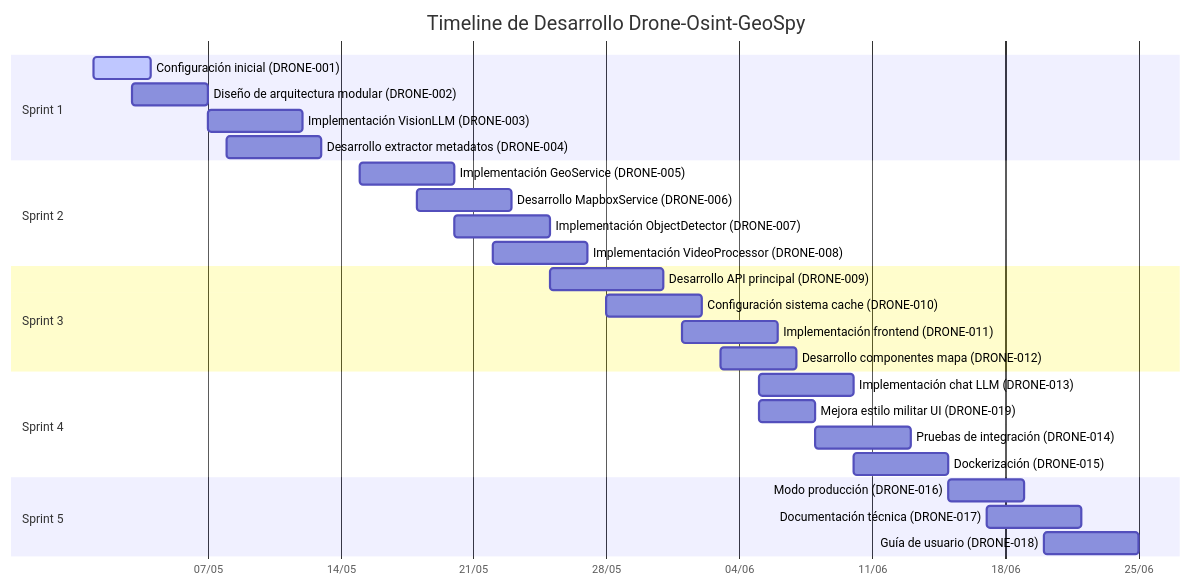
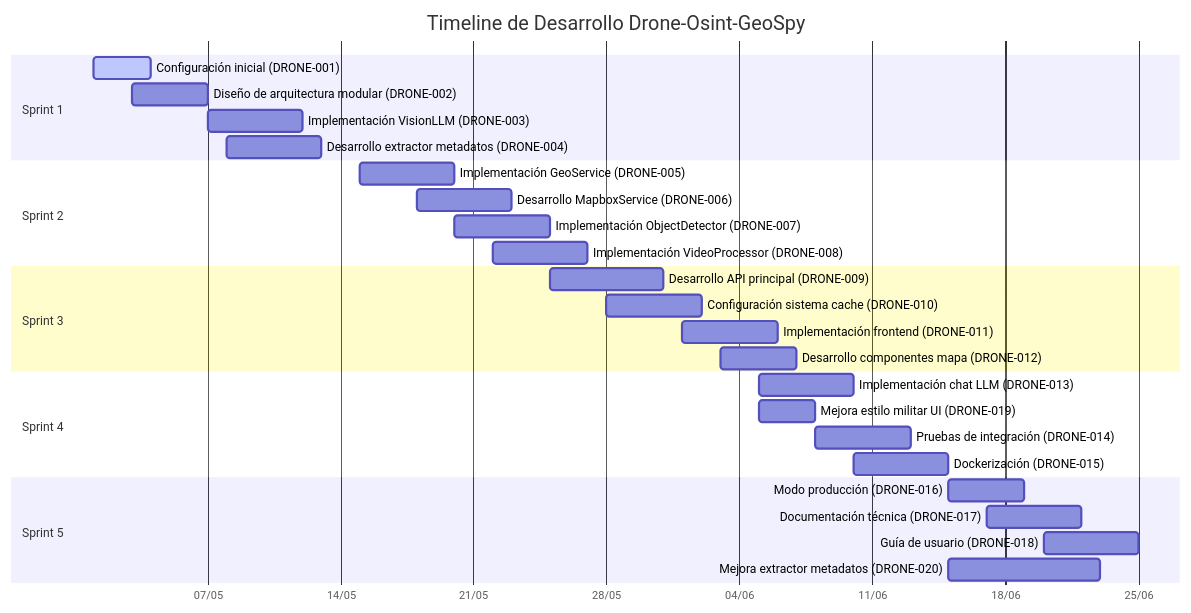
One commit to infantesromeroadrian/LLM-Vision-Geo-Analizer changed the second of 4 diagrams in jira-files/visualization/jira_timeline.md. Above: the diagram before and after it, drawn with Mermaid. The commit also changed other lines of this file and 561 other files, not shown here.

````diff
--- a/jira-files/visualization/jira_timeline.md
+++ b/jira-files/visualization/jira_timeline.md
@@ -154,35 +178,36 @@
 ```mermaid
 gantt
     title Timeline de Desarrollo Drone-Osint-GeoSpy
     dateFormat  YYYY-MM-DD
     axisFormat %d/%m
     
     section Sprint 1
     Configuración inicial (DRONE-001)      :active, a1, 2023-05-01, 3d
     Diseño de arquitectura modular (DRONE-002)     :a2, 2023-05-03, 4d
     Implementación VisionLLM (DRONE-003)   :a3, 2023-05-07, 5d
     Desarrollo extractor metadatos (DRONE-004) :a4, 2023-05-08, 5d
     
     section Sprint 2
     Implementación GeoService (DRONE-005) :b1, 2023-05-15, 5d
     Desarrollo MapboxService (DRONE-006)  :b2, 2023-05-18, 5d
     Implementación ObjectDetector (DRONE-007) :b3, 2023-05-20, 5d
     Implementación VideoProcessor (DRONE-008) :b4, 2023-05-22, 5d
     
     section Sprint 3
     Desarrollo API principal (DRONE-009) :c1, 2023-05-25, 6d
     Configuración sistema cache (DRONE-010) :c2, 2023-05-28, 5d
     Implementación frontend (DRONE-011)     :c3, 2023-06-01, 5d
     Desarrollo componentes mapa (DRONE-012)    :c4, 2023-06-03, 4d
     
     section Sprint 4
     Implementación chat LLM (DRONE-013)    :d1, 2023-06-05, 5d
     Mejora estilo militar UI (DRONE-019) :d2, 2023-06-05, 3d
     Pruebas de integración (DRONE-014) :d3, 2023-06-08, 5d
     Dockerización (DRONE-015)     :d4, 2023-06-10, 5d
     
     section Sprint 5
     Modo producción (DRONE-016) :e1, 2023-06-15, 4d
     Documentación técnica (DRONE-017)     :e2, 2023-06-17, 5d
     Guía de usuario (DRONE-018)     :e3, 2023-06-20, 5d
+    Mejora extractor metadatos (DRONE-020) :e4, 2023-06-15, 8d
 ```
````
